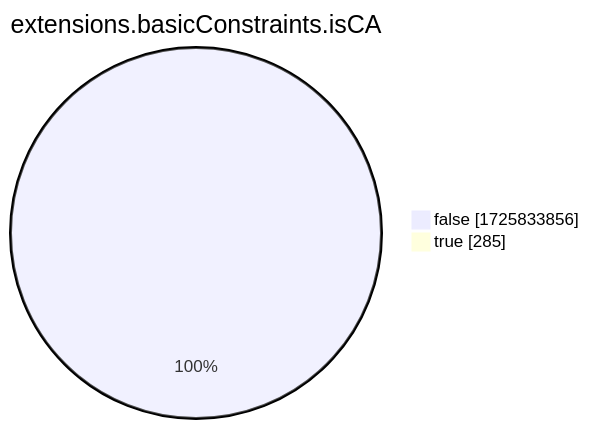
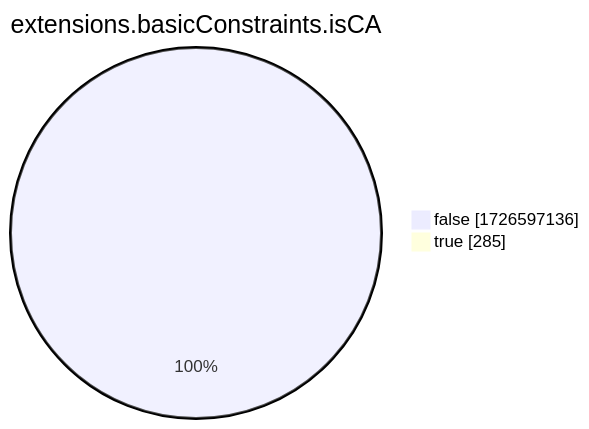
Before and after one commit to christiankrug/ctmonitor_visualization: the eighth of 15 diagrams in xenon2022/README.md, drawn with Mermaid. The commit also changed other lines of this file, not shown here.

````diff
--- a/xenon2022/README.md
+++ b/xenon2022/README.md
@@ -2867,6 +2867,6 @@
 ```mermaid
 pie showData
 title extensions.basicConstraints.isCA
-"false" :1725833856
+"false" :1726597136
 "true" :285
 ```
````
